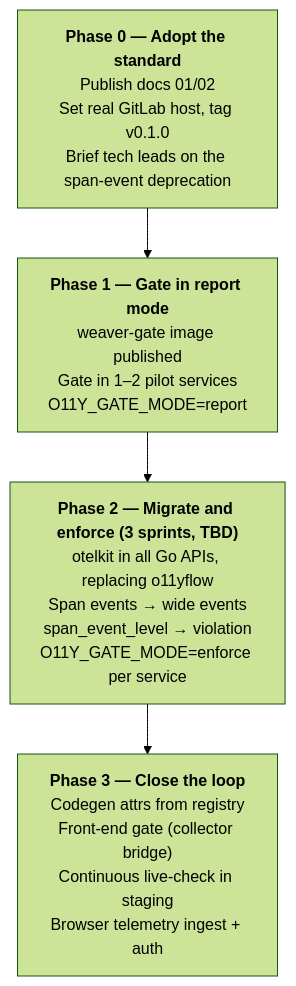
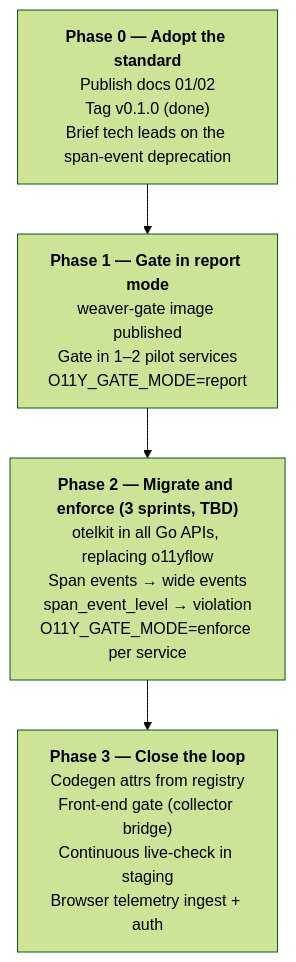
The second of 2 diagrams in README.md (benhastings/o11y-standards), drawn with Mermaid (forest theme) before and after one commit. The commit also changed other lines of this file and 18 other files, not shown here.

````diff
--- a/README.md
+++ b/README.md
@@ -76,8 +78,8 @@
 ```mermaid
 flowchart TB
-    p0["<b>Phase 0 — Adopt the standard</b><br/>Publish docs 01/02<br/>Set real GitLab host, tag v0.1.0<br/>Brief tech leads on the span-event deprecation"]
+    p0["<b>Phase 0 — Adopt the standard</b><br/>Publish docs 01/02<br/>Tag v0.1.0 (done)<br/>Brief tech leads on the span-event deprecation"]
     p1["<b>Phase 1 — Gate in report mode</b><br/>weaver-gate image published<br/>Gate in 1–2 pilot services<br/>O11Y_GATE_MODE=report"]
     p2["<b>Phase 2 — Migrate and enforce (3 sprints, TBD)</b><br/>otelkit in all Go APIs, replacing o11yflow<br/>Span events → wide events<br/>span_event_level → violation<br/>O11Y_GATE_MODE=enforce per service"]
     p3["<b>Phase 3 — Close the loop</b><br/>Codegen attrs from registry<br/>Front-end gate (collector bridge)<br/>Continuous live-check in staging<br/>Browser telemetry ingest + auth"]
     p0 --> p1 --> p2 --> p3
 ```
````
